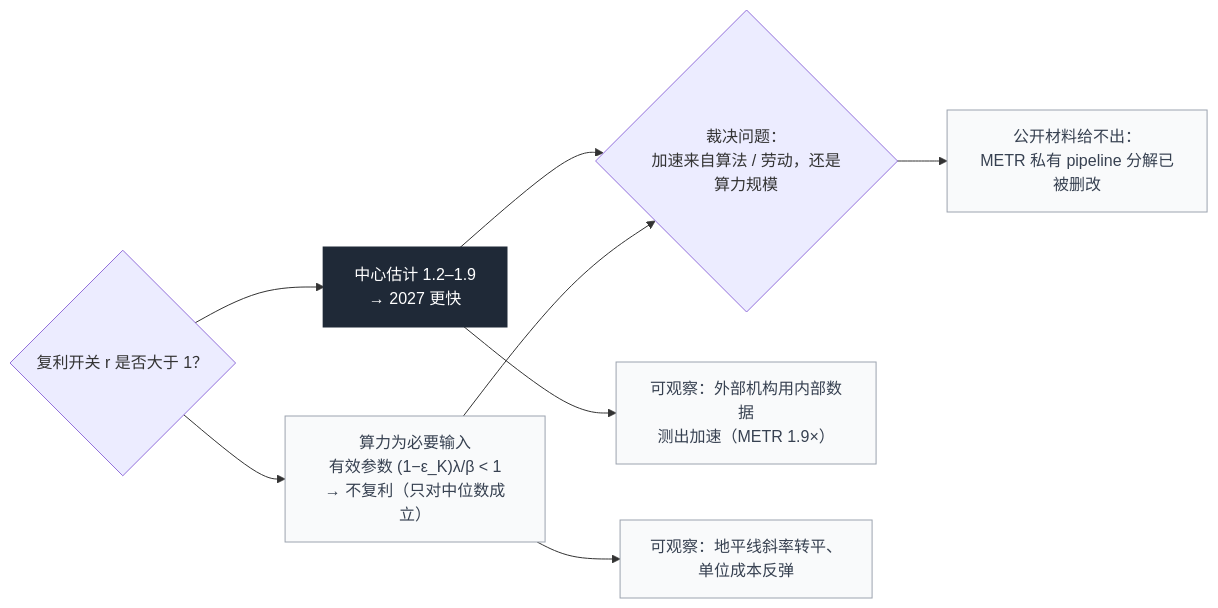
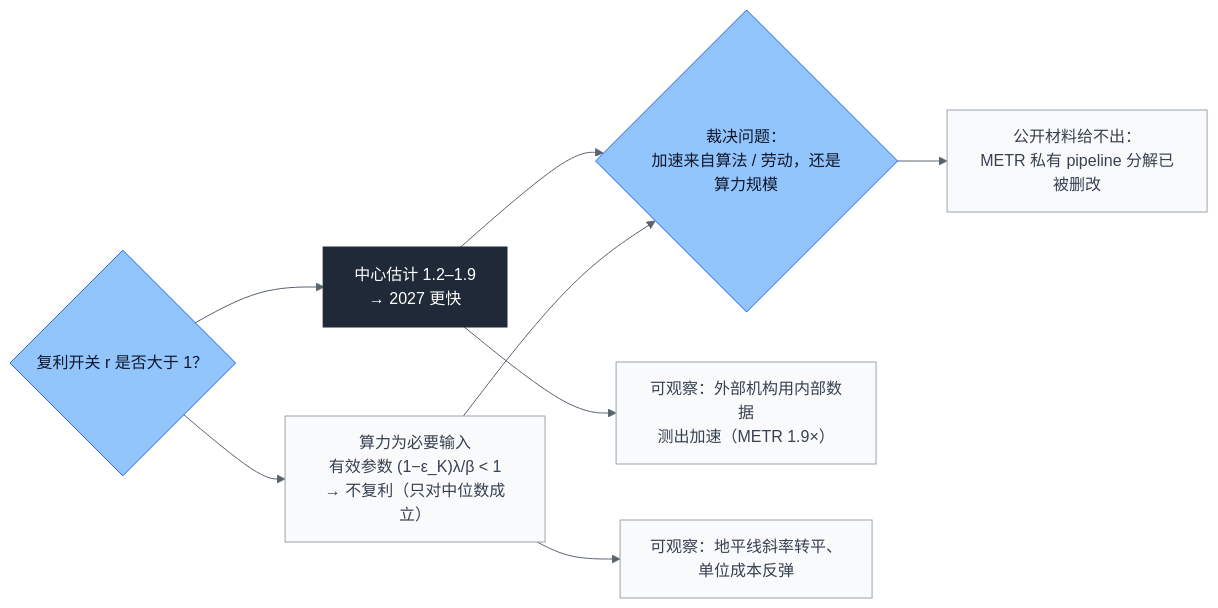
One commit to iintothewind/swan-post changed diagram 11 of 11 in source/_posts/2026-11-14-a2c069bc5ff796d0ffc7e2f8fbfd98f1.md. Above: the diagram before and after it, drawn with Mermaid. The commit also changed other lines of this file, not shown here.

````diff
--- a/source/_posts/2026-11-14-a2c069bc5ff796d0ffc7e2f8fbfd98f1.md
+++ b/source/_posts/2026-11-14-a2c069bc5ff796d0ffc7e2f8fbfd98f1.md
@@ -456,14 +466,15 @@
 ```mermaid
+%%{init: {"theme":"base","themeVariables":{"background":"#ffffff","primaryColor":"#93c5fd","primaryTextColor":"#0f172a","primaryBorderColor":"#2563eb","secondaryColor":"#fdba74","tertiaryColor":"#f1f5f9","lineColor":"#59636e","textColor":"#59636e","titleColor":"#59636e","edgeLabelBackground":"#ffffff","clusterBorder":"#94a3b8","loopTextColor":"#59636e","classText":"#0f172a","taskTextColor":"#0f172a","taskTextLightColor":"#0f172a","taskTextDarkColor":"#0f172a","pieSectionTextColor":"#0f172a","pieTitleTextColor":"#59636e","pieLegendTextColor":"#59636e","pieStrokeColor":"#59636e","pieOuterStrokeColor":"#59636e","pieOpacity":"1","xyChart":{"plotColorPalette":"#3b82f6,#ea580c,#16a34a,#ef4444,#8b5cf6,#0891b2,#ec4899,#78859b"},"pie1":"#3b82f6","pie2":"#ea580c","pie3":"#16a34a","pie4":"#ef4444","pie5":"#8b5cf6","pie6":"#0891b2","pie7":"#ec4899","pie8":"#78859b"}}}%%
 flowchart LR
     Q{"复利开关 r 是否大于 1？"} --> Y["中心估计 1.2–1.9<br/>→ 2027 更快"]
     Q --> N["算力为必要输入<br/>有效参数 (1−ε_K)λ/β < 1<br/>→ 不复利（只对中位数成立）"]
     Y --> C{"裁决问题：<br/>加速来自算法 / 劳动，还是算力规模"}
     N --> C
     C --> U["公开材料给不出：<br/>METR 私有 pipeline 分解已被删改"]
     Y --> O1["可观察：外部机构用内部数据<br/>测出加速（METR 1.9×）"]
     N --> O2["可观察：地平线斜率转平、<br/>单位成本反弹"]
     classDef main fill:#1f2937,stroke:#1f2937,color:#fff,stroke-width:3px
     classDef dim fill:#f9fafb,stroke:#9ca3af,color:#374151
     class Y main
     class N,O1,O2,U dim
 ```
````
